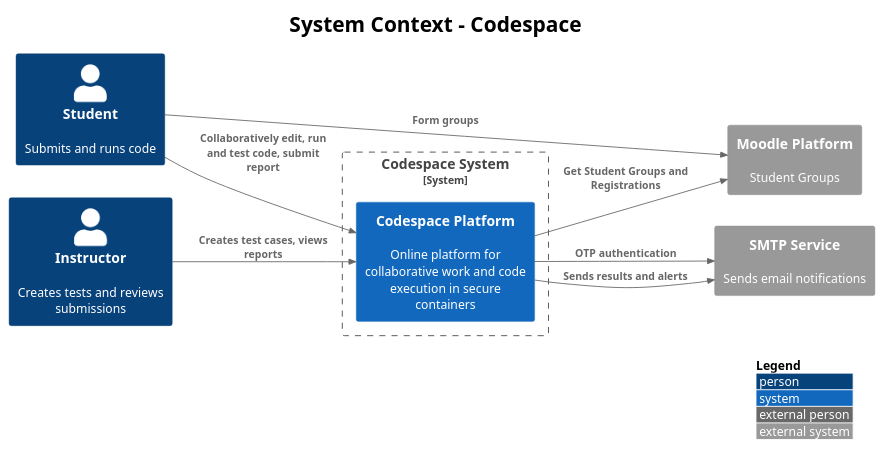
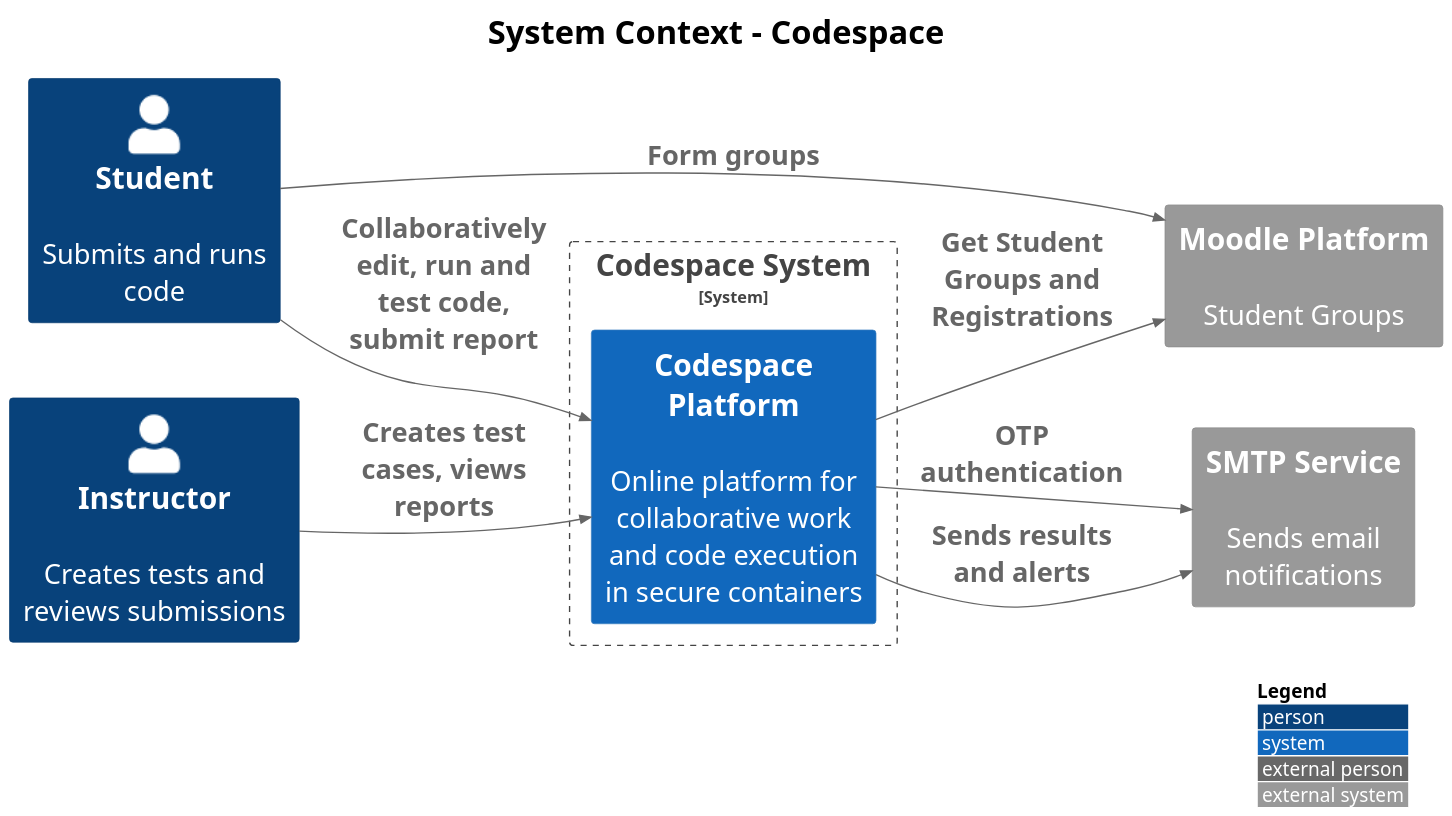
Before and after one commit to Hayzenpup/design-playground: the diagram in codespace/systemContext.puml, drawn with PlantUML. The commit also changed 4 other files, not shown here.

Commit message:
codespace: component diagrams

```diff
--- a/codespace/systemContext.puml
+++ b/codespace/systemContext.puml
@@ -1,34 +1,36 @@
 @startuml
 !includeurl https://raw.githubusercontent.com/plantuml-stdlib/C4-PlantUML/master/C4_Context.puml
 
 title System Context - Codespace
 skinparam titleFontSize 24
+skinparam defaultFontSize 20
+skinparam dpi 150
 
 ' Place this at the top, before elements
 LAYOUT_LEFT_RIGHT()
 
 ' === ACTORS ===
 Person(user, "Student", "Submits and runs code")
 Person(teacher, "Instructor", "Creates tests and reviews submissions")
 
 ' === SYSTEM UNDER DESIGN ===
 System_Boundary(s1, "Codespace System") {
     System(codespace, "Codespace Platform", "Online platform for collaborative work and code execution in secure containers")
     
 }
 
 ' === EXTERNAL SYSTEMS ===
 System_Ext(email, "SMTP Service", "Sends email notifications")
 System_Ext(moodle, "Moodle Platform", "Student Groups", $link="https://moodle.uni-siegen.de/course/view.php?id=5258")
 
 ' === RELATIONSHIPS ===
 Rel(user, codespace, "Collaboratively edit, run and test code, submit report")
 Rel(teacher, codespace, "Creates test cases, views reports")
 Rel(codespace, email, "OTP authentication")
 Rel(codespace, email, "Sends results and alerts")
 
 Rel(user, moodle, "Form groups")
 Rel(codespace, moodle, "Get Student Groups and Registrations")
 
 LAYOUT_WITH_LEGEND()
 @enduml
```
